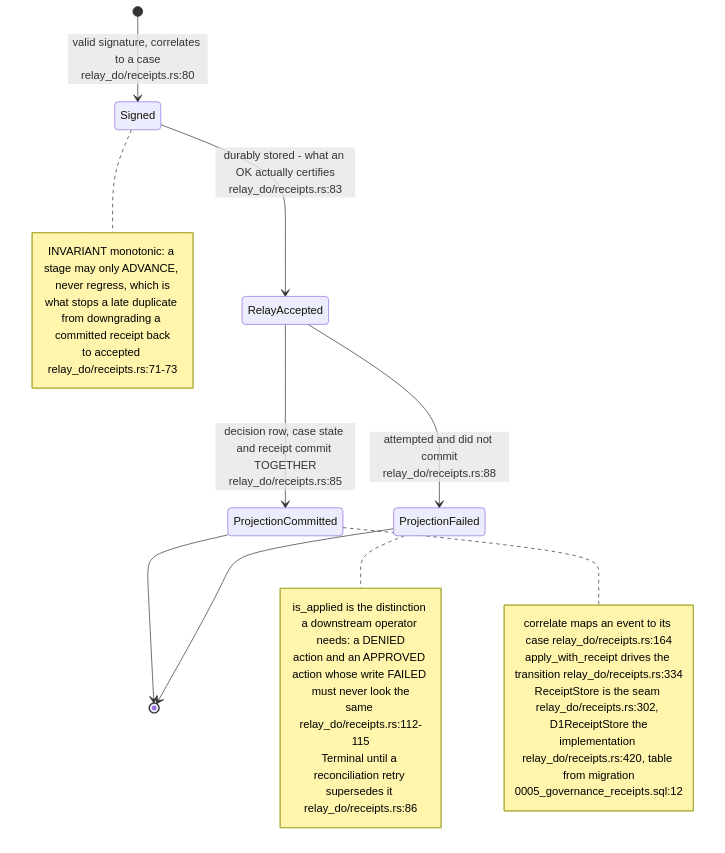
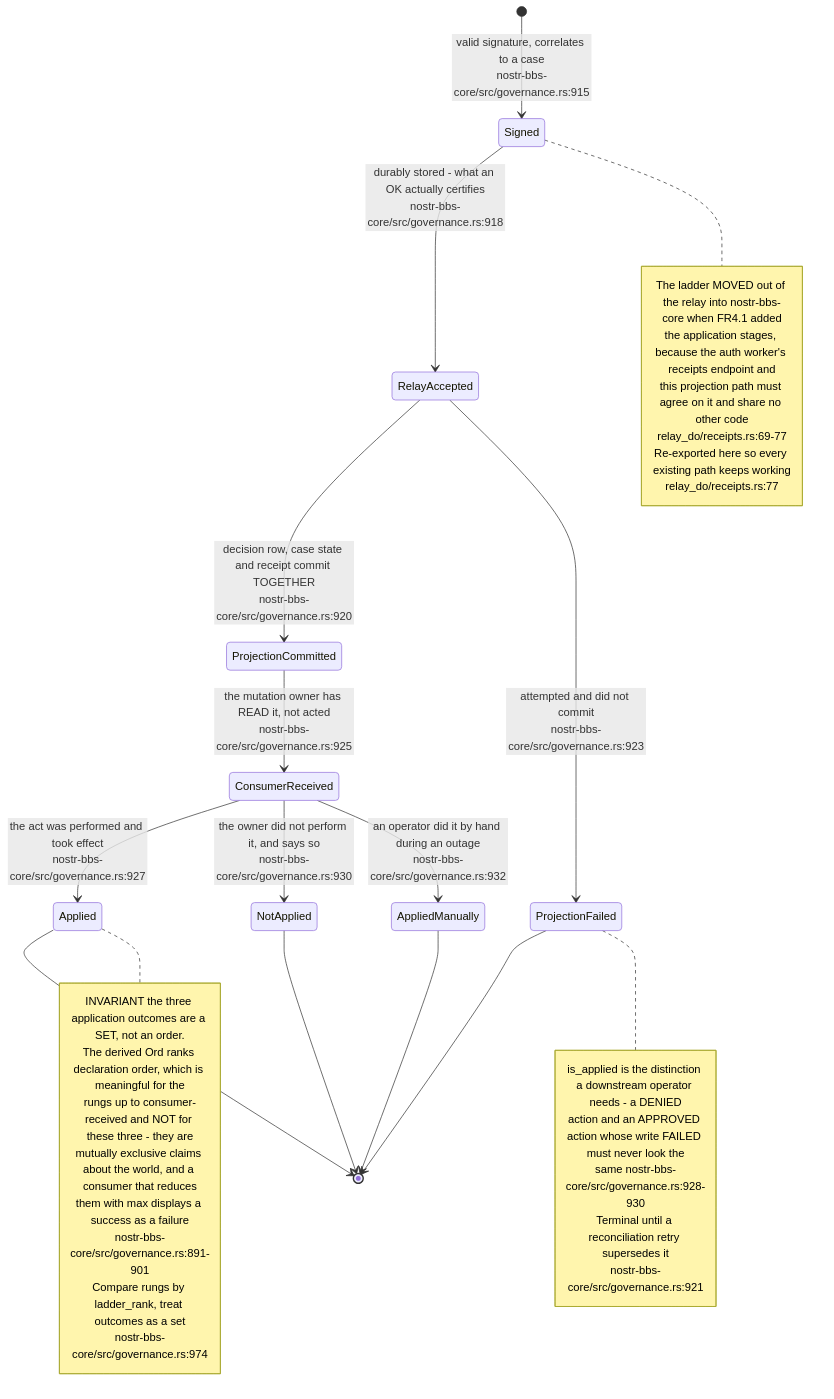
The ninth of 15 diagrams in docs/diagrams/nostr-rust-forum/11-relay-durable-object-internals.md (DreamLab-AI/VisionFlow), drawn with Mermaid before and after one commit. The commit also changed other lines of this file and 11 other files, not shown here.

````diff
--- a/docs/diagrams/nostr-rust-forum/11-relay-durable-object-internals.md
+++ b/docs/diagrams/nostr-rust-forum/11-relay-durable-object-internals.md
@@ -250,28 +252,41 @@
 ```mermaid
 stateDiagram-v2
-    [*] --> Signed: valid signature, correlates to a case<br/>relay_do/receipts.rs:80
-    Signed --> RelayAccepted: durably stored - what an OK actually certifies<br/>relay_do/receipts.rs:83
-    RelayAccepted --> ProjectionCommitted: decision row, case state and receipt commit TOGETHER<br/>relay_do/receipts.rs:85
-    RelayAccepted --> ProjectionFailed: attempted and did not commit<br/>relay_do/receipts.rs:88
-    ProjectionCommitted --> [*]
+    [*] --> Signed: valid signature, correlates to a case<br/>nostr-bbs-core/src/governance.rs:915
+    Signed --> RelayAccepted: durably stored - what an OK actually certifies<br/>nostr-bbs-core/src/governance.rs:918
+    RelayAccepted --> ProjectionCommitted: decision row, case state and receipt commit TOGETHER<br/>nostr-bbs-core/src/governance.rs:920
+    RelayAccepted --> ProjectionFailed: attempted and did not commit<br/>nostr-bbs-core/src/governance.rs:923
+    ProjectionCommitted --> ConsumerReceived: the mutation owner has READ it, not acted<br/>nostr-bbs-core/src/governance.rs:925
+    ConsumerReceived --> Applied: the act was performed and took effect<br/>nostr-bbs-core/src/governance.rs:927
+    ConsumerReceived --> NotApplied: the owner did not perform it, and says so<br/>nostr-bbs-core/src/governance.rs:930
+    ConsumerReceived --> AppliedManually: an operator did it by hand during an outage<br/>nostr-bbs-core/src/governance.rs:932
+    Applied --> [*]
+    NotApplied --> [*]
+    AppliedManually --> [*]
     ProjectionFailed --> [*]
 
     note right of Signed
-        INVARIANT monotonic: a stage may only ADVANCE, never regress, which is
-        what stops a late duplicate from downgrading a committed receipt back
-        to accepted relay_do/receipts.rs:71-73
+        The ladder MOVED out of the relay into nostr-bbs-core when FR4.1 added
+        the application stages, because the auth worker's receipts endpoint and
+        this projection path must agree on it and share no other code
+        relay_do/receipts.rs:69-77
+        Re-exported here so every existing path keeps working
+        relay_do/receipts.rs:77
     end note
     note right of ProjectionFailed
-        is_applied is the distinction a downstream operator needs: a DENIED
+        is_applied is the distinction a downstream operator needs - a DENIED
         action and an APPROVED action whose write FAILED must never look the
-        same relay_do/receipts.rs:112-115
-        Terminal until a reconciliation retry supersedes it relay_do/receipts.rs:86
+        same nostr-bbs-core/src/governance.rs:928-930
+        Terminal until a reconciliation retry supersedes it
+        nostr-bbs-core/src/governance.rs:921
     end note
-    note right of ProjectionCommitted
-        correlate maps an event to its case relay_do/receipts.rs:164
-        apply_with_receipt drives the transition relay_do/receipts.rs:334
-        ReceiptStore is the seam relay_do/receipts.rs:302, D1ReceiptStore the
-        implementation relay_do/receipts.rs:420, table from migration
-        0005_governance_receipts.sql:12
+    note right of Applied
+        INVARIANT the three application outcomes are a SET, not an order.
+        The derived Ord ranks declaration order, which is meaningful for the
+        rungs up to consumer-received and NOT for these three - they are
+        mutually exclusive claims about the world, and a consumer that reduces
+        them with max displays a success as a failure
+        nostr-bbs-core/src/governance.rs:891-901
+        Compare rungs by ladder_rank, treat outcomes as a set
+        nostr-bbs-core/src/governance.rs:974
     end note
 ```
````
